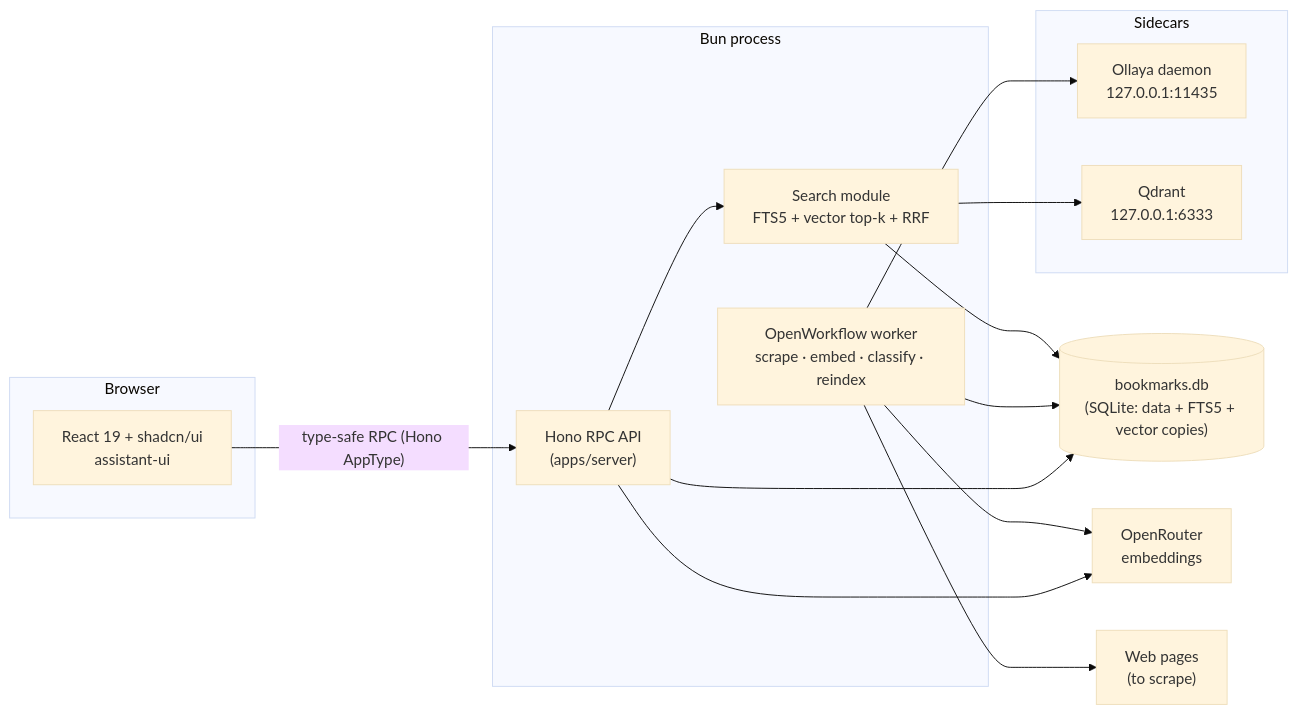
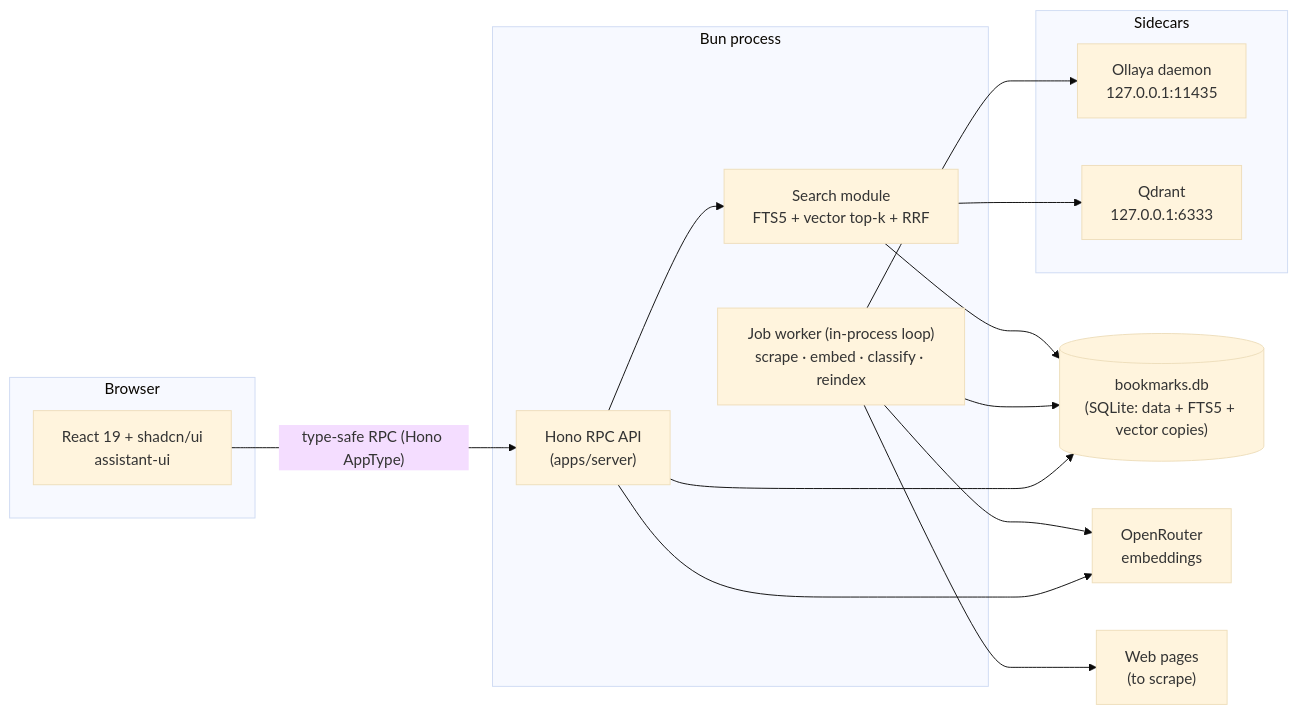
One commit to leonistor/al-yo-bo changed the first of 2 diagrams in docs/ARCHITECTURE.md. Above: the diagram before and after it, drawn with Mermaid (base theme). The commit also changed other lines of this file and 15 other files, not shown here.

Commit message:
feat: scrape and embed bookmark content in a background job loop

````diff
--- a/docs/ARCHITECTURE.md
+++ b/docs/ARCHITECTURE.md
@@ -62,33 +62,33 @@
 ```mermaid
 flowchart LR
   subgraph browser [Browser]
     Web["React 19 + shadcn/ui\nassistant-ui"]
   end
 
   subgraph bun [Bun process]
     API["Hono RPC API\n(apps/server)"]
-    Worker["OpenWorkflow worker\nscrape · embed · classify · reindex"]
+    Worker["Job worker (in-process loop)\nscrape · embed · classify · reindex"]
     Search["Search module\nFTS5 + vector top-k + RRF"]
   end
 
   DB[("bookmarks.db\n(SQLite: data + FTS5 + vector copies)")]
 
   subgraph sidecars [Sidecars]
     Ollaya["Ollaya daemon\n127.0.0.1:11435"]
     Qdrant["Qdrant\n127.0.0.1:6333"]
   end
 
   OR["OpenRouter\nembeddings"]
   Sites["Web pages\n(to scrape)"]
 
   Web -- "type-safe RPC (Hono AppType)" --> API
   API --> Search
   API --> DB
   API --> OR
   Worker --> DB
   Worker --> Ollaya
   Worker --> OR
   Worker --> Sites
   Search --> DB
   Search --> Qdrant
 ```
````
